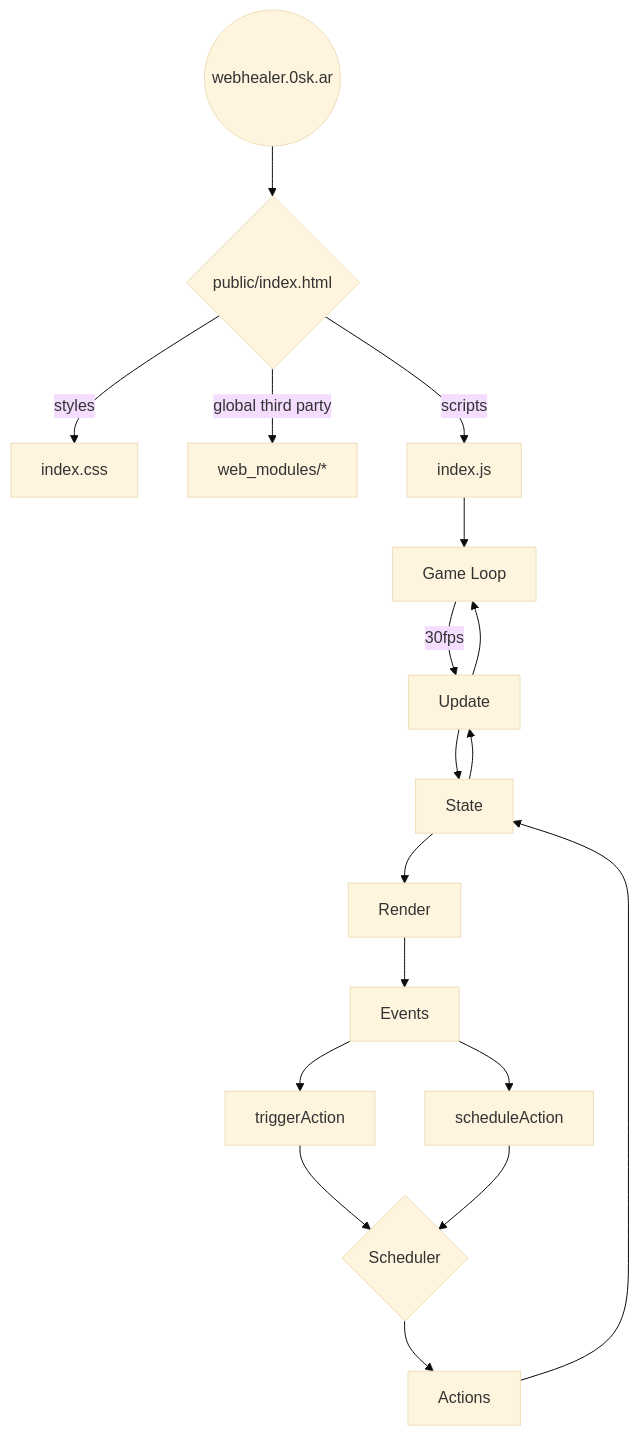
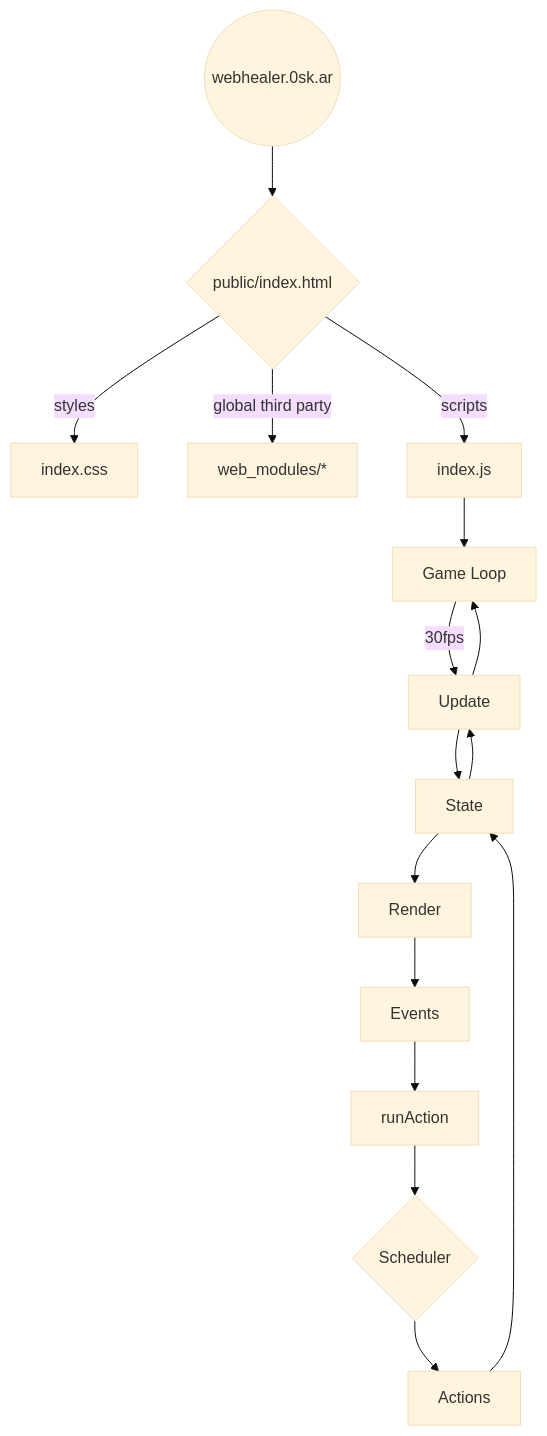
Before and after one commit to oskarrough/webhealer: the diagram in README.md, drawn with Mermaid (base theme). The commit also changed 5 other files, not shown here.

````diff
--- a/README.md
+++ b/README.md
@@ -52,8 +52,8 @@
 ```mermaid
 graph
     www((webhealer.0sk.ar)) --> html{public/index.html}
     html -->|styles| css[index.css]
     html -->|global third party| deps[web_modules/*]
     html -->|scripts| js[index.js] --> Loop[Game Loop] --> |30fps| Update --> Loop
-    State --> Update --> State --> Render --> Events --> triggerAction & scheduleAction --> Scheduler{Scheduler} -->  Actions --> State
+    State --> Update --> State --> Render --> Events --> runAction --> Scheduler{Scheduler} -->  Actions --> State
 ```
````
